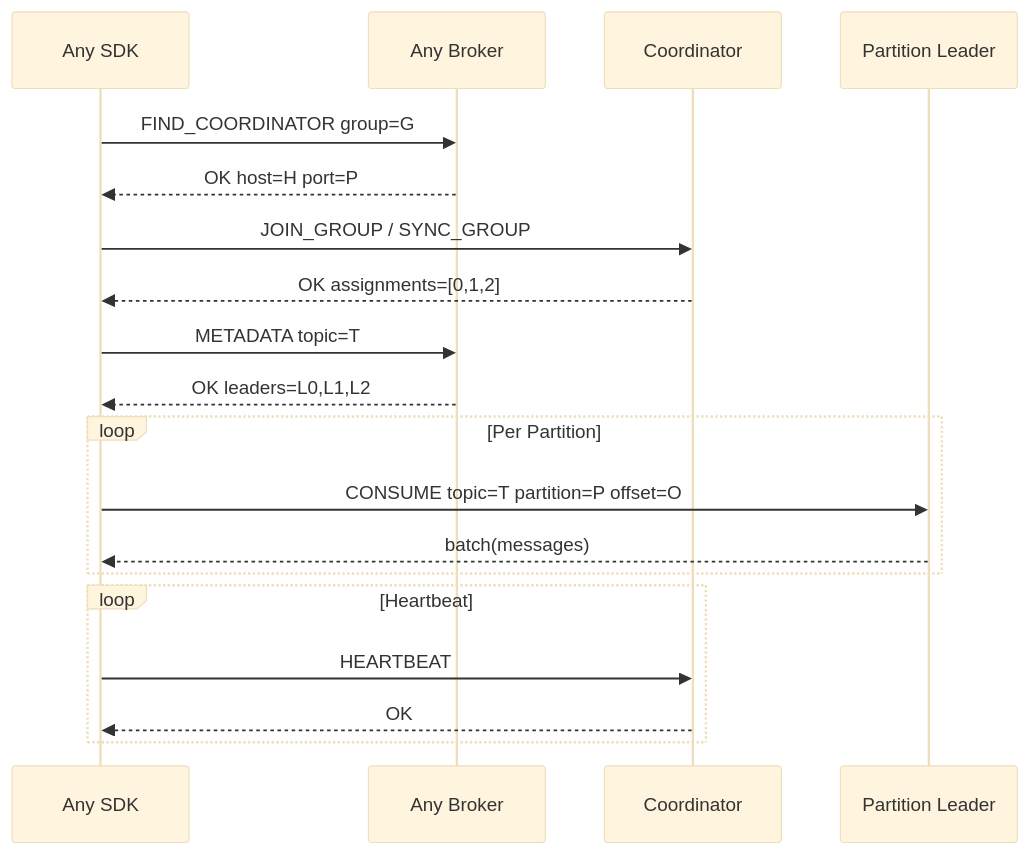
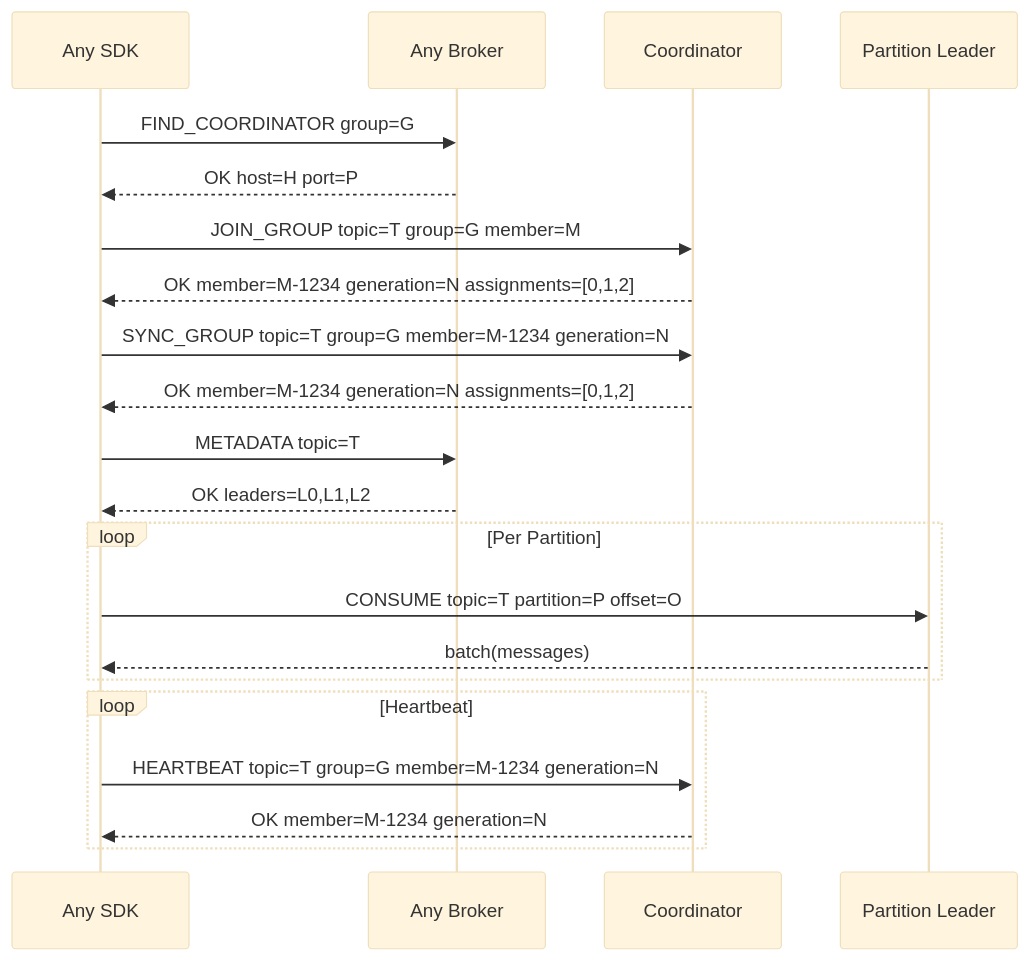
The third of 3 diagrams in docs/sdk-overview.md (cursus-io/cursus), drawn with Mermaid (base theme) before and after one commit. The commit also changed 36 other files, not shown here.

````diff
--- a/docs/sdk-overview.md
+++ b/docs/sdk-overview.md
@@ -78,26 +78,28 @@
 ```mermaid
 sequenceDiagram
     participant SDK as Any SDK
     participant ANY as Any Broker
     participant COORD as Coordinator
     participant LEADER as Partition Leader
 
     SDK->>ANY: FIND_COORDINATOR group=G
     ANY-->>SDK: OK host=H port=P
 
-    SDK->>COORD: JOIN_GROUP / SYNC_GROUP
-    COORD-->>SDK: OK assignments=[0,1,2]
+    SDK->>COORD: JOIN_GROUP topic=T group=G member=M
+    COORD-->>SDK: OK member=M-1234 generation=N assignments=[0,1,2]
+    SDK->>COORD: SYNC_GROUP topic=T group=G member=M-1234 generation=N
+    COORD-->>SDK: OK member=M-1234 generation=N assignments=[0,1,2]
 
     SDK->>ANY: METADATA topic=T
     ANY-->>SDK: OK leaders=L0,L1,L2
 
     loop Per Partition
         SDK->>LEADER: CONSUME topic=T partition=P offset=O
         LEADER-->>SDK: batch(messages)
     end
 
     loop Heartbeat
-        SDK->>COORD: HEARTBEAT
-        COORD-->>SDK: OK
+        SDK->>COORD: HEARTBEAT topic=T group=G member=M-1234 generation=N
+        COORD-->>SDK: OK member=M-1234 generation=N
     end
 ```
````
